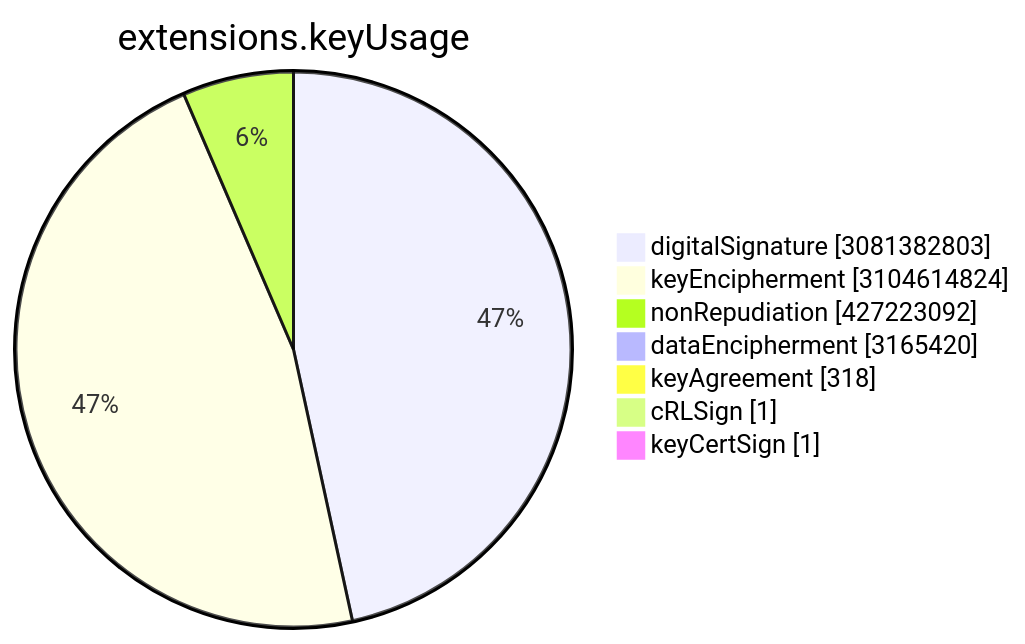
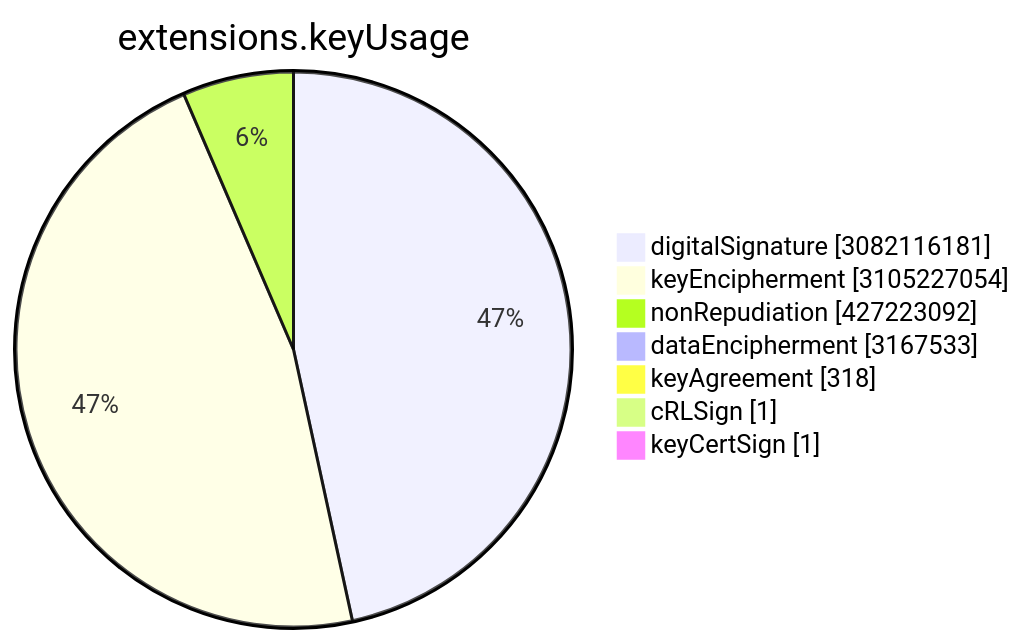
The sixth of 15 diagrams in TOTAL/README.md (christiankrug/ctmonitor_visualization), drawn with Mermaid before and after one commit. The commit also changed other lines of this file, not shown here.

````diff
--- a/TOTAL/README.md
+++ b/TOTAL/README.md
@@ -3075,11 +3075,11 @@
 ```mermaid
 pie showData
 title extensions.keyUsage
-"digitalSignature" :3081382803
-"keyEncipherment" :3104614824
+"digitalSignature" :3082116181
+"keyEncipherment" :3105227054
 "nonRepudiation" :427223092
-"dataEncipherment" :3165420
+"dataEncipherment" :3167533
 "keyAgreement" :318
 "cRLSign" :1
 "keyCertSign" :1
 ```
````
